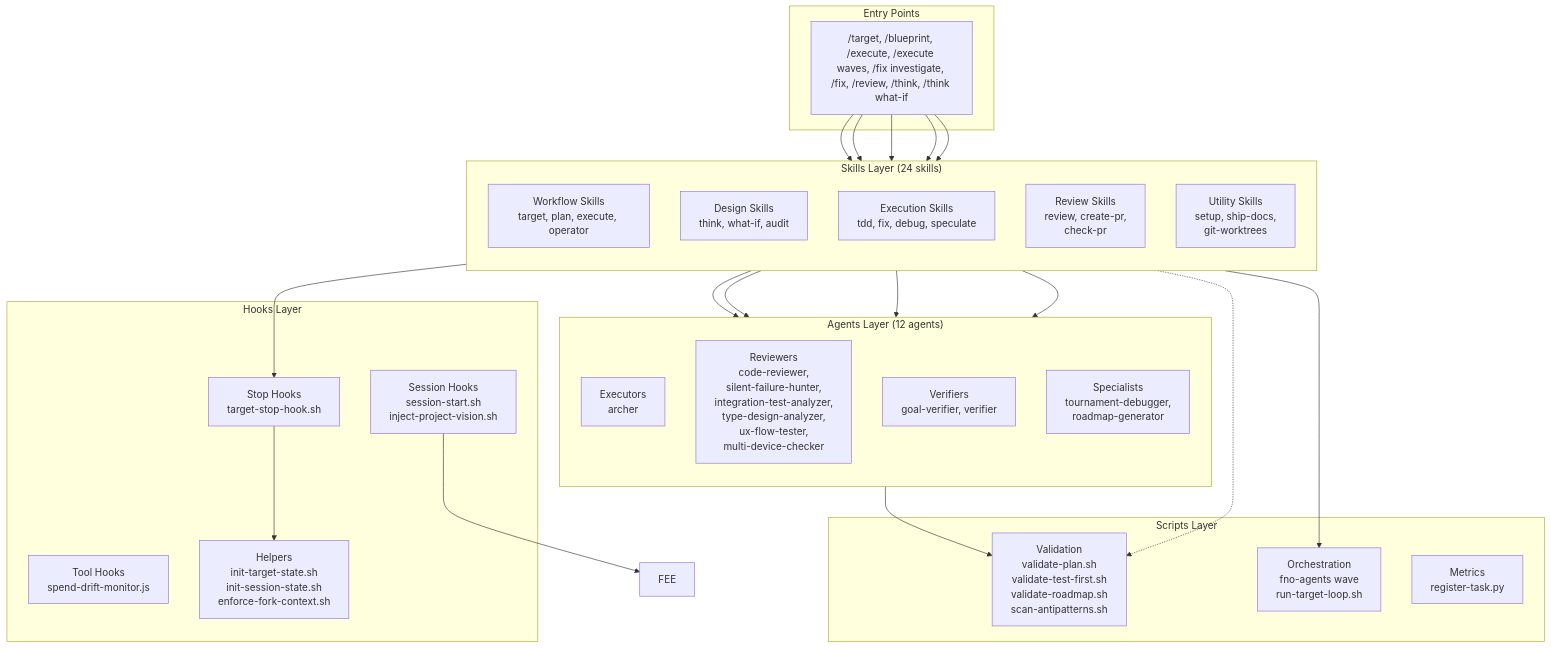
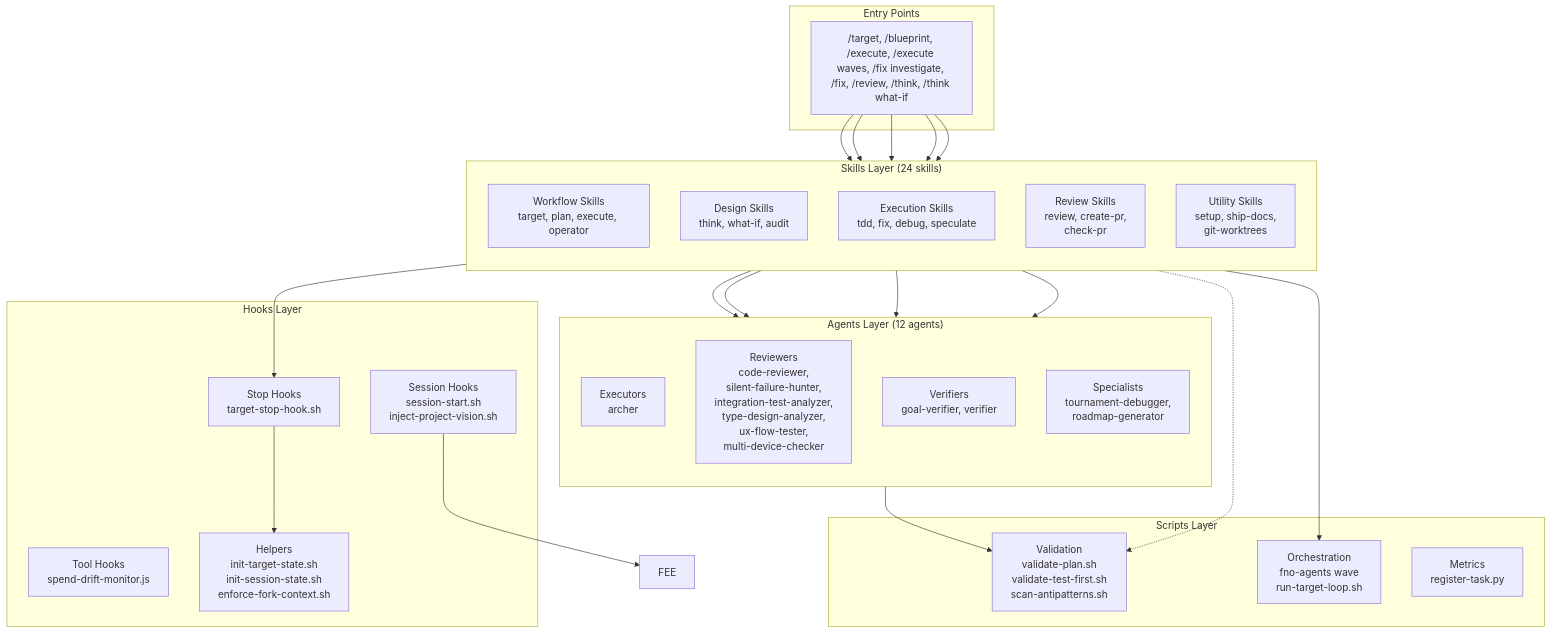
The first of 6 diagrams in docs/system-architecture.md (bllshttng/fno), drawn with Mermaid before and after one commit. The commit also changed 23 other files, not shown here.

First line of the commit message:
scripts: delete the triage, roadmap-tasks and discovery-brief shims

````diff
--- a/docs/system-architecture.md
+++ b/docs/system-architecture.md
@@ -42,55 +42,55 @@
 ```mermaid
 graph TB
     subgraph "Entry Points"
         CMD["/target, /blueprint, /execute, /execute waves, /fix investigate, /fix, /review, /think, /think what-if"]
     end
 
     subgraph "Skills Layer (24 skills)"
         direction TB
         WF["Workflow Skills<br/>target, plan, execute, operator"]
         DS["Design Skills<br/>think, what-if, audit"]
         EX["Execution Skills<br/>tdd, fix, debug, speculate"]
         RV["Review Skills<br/>review, create-pr,<br/>check-pr"]
         UT["Utility Skills<br/>setup, ship-docs,<br/>git-worktrees"]
     end
 
     subgraph "Agents Layer (12 agents)"
         direction TB
         EXEC["Executors<br/>archer"]
         REV["Reviewers<br/>code-reviewer,<br/>silent-failure-hunter,<br/>integration-test-analyzer,<br/>type-design-analyzer,<br/>ux-flow-tester,<br/>multi-device-checker"]
         VER["Verifiers<br/>goal-verifier, verifier"]
         SPEC["Specialists<br/>tournament-debugger,<br/>roadmap-generator"]
     end
 
     subgraph "Hooks Layer"
         STOP["Stop Hooks<br/>target-stop-hook.sh"]
         SESS["Session Hooks<br/>session-start.sh<br/>inject-project-vision.sh"]
         TOOL["Tool Hooks<br/>spend-drift-monitor.js"]
         HELP["Helpers<br/>init-target-state.sh<br/>init-session-state.sh<br/>enforce-fork-context.sh"]
     end
 
     subgraph "Scripts Layer"
-        VAL["Validation<br/>validate-plan.sh<br/>validate-test-first.sh<br/>validate-roadmap.sh<br/>scan-antipatterns.sh"]
+        VAL["Validation<br/>validate-plan.sh<br/>validate-test-first.sh<br/>scan-antipatterns.sh"]
         ORC["Orchestration<br/>fno-agents wave<br/>run-target-loop.sh"]
         MET["Metrics<br/>register-task.py"]
     end
 
     CMD --> WF
     CMD --> DS
     CMD --> EX
     CMD --> RV
     CMD --> UT
 
     WF --> EXEC
     WF --> VER
     RV --> REV
     EX --> EXEC
     DS -.-> VAL
 
     WF --> ORC
     WF --> STOP
     SESS --> FEE
     STOP --> HELP
 
     EXEC --> VAL
 ```
````
